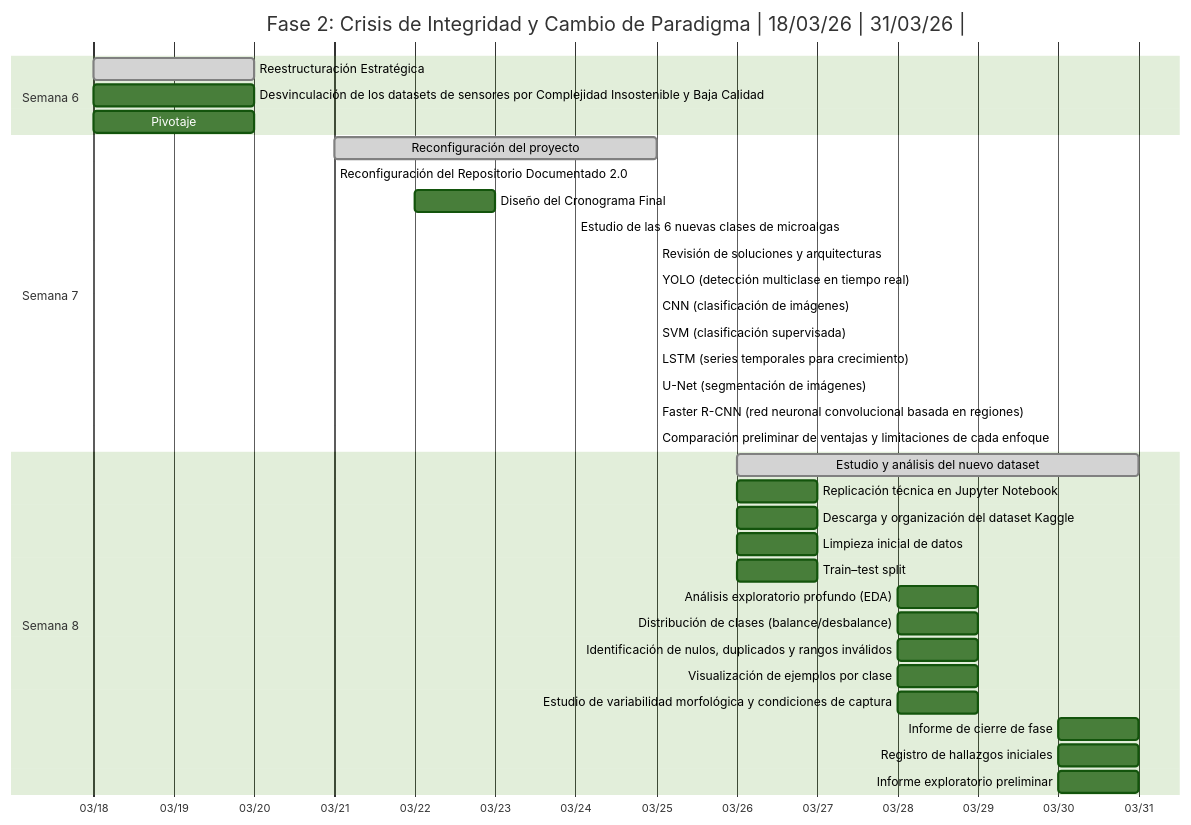
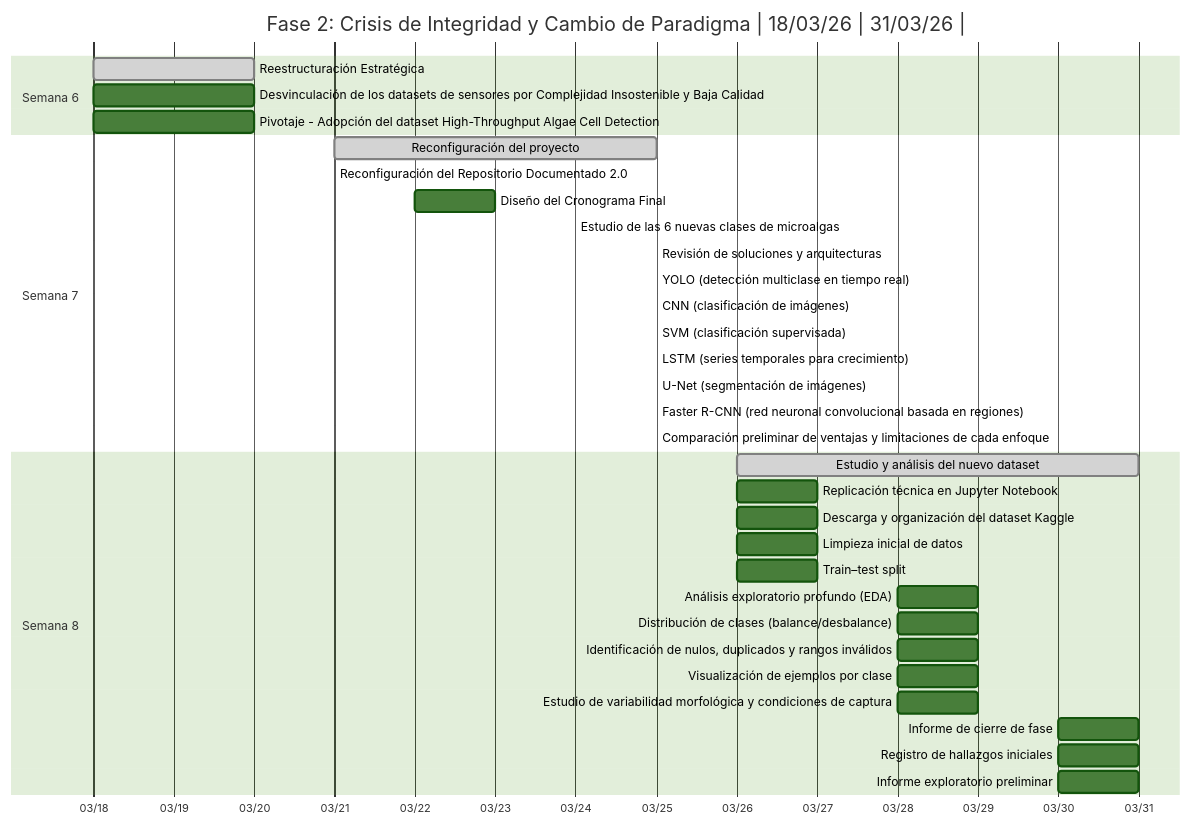
One commit to gutti666/semillero-de-investigacion-2026 changed the second of 7 diagrams in README.md. Above: the diagram before and after it, drawn with Mermaid (forest theme).

Commit message:
Update README.md
Correción Parsing de la fase 2 del cronograma. Se rompia la visualización del gantt.

````diff
--- a/README.md
+++ b/README.md
@@ -54,41 +54,41 @@
 ```mermaid
 gantt
     title Fase 2: Crisis de Integridad y Cambio de Paradigma | 18/03/26 | 31/03/26 |
     dateFormat MM/DD/YY
     axisFormat %m/%d
     %%excludes weekends
 
     section Semana 6
     Reestructuración Estratégica :done, 03/18/26, 03/20/26
-        Desvinculación de los datasets de sensores por Complejidad Insostenible y Baja Calidad :03/18/26, 03/20/26
-        Pivotaje: Adopción del dataset High-Throughput Algae Cell Detection :03/18/26, 03/20/26
+    Desvinculación de los datasets de sensores por Complejidad Insostenible y Baja Calidad :03/18/26, 03/20/26
+    Pivotaje - Adopción del dataset High-Throughput Algae Cell Detection :03/18/26, 03/20/26
 
     section Semana 7
     Reconfiguración del proyecto :done, 03/21/26, 03/25/26
-        Reconfiguración del Repositorio Documentado 2.0 :03/21/26, 03/21/26
-        Diseño del Cronograma Final :03/22/26, 03/23/26
-        Estudio de las 6 nuevas clases de microalgas :03/24/26, 03/24/26
-        Revisión de soluciones y arquitecturas :03/25/26, 03/25/26
-            YOLO (detección multiclase en tiempo real) :03/25/26, 03/25/26
-            CNN (clasificación de imágenes) :03/25/26, 03/25/26
-            SVM (clasificación supervisada) :03/25/26, 03/25/26
-            LSTM (series temporales para crecimiento) :03/25/26, 03/25/26
-            U-Net (segmentación de imágenes) :03/25/26, 03/25/26
-            Faster R-CNN (red neuronal convolucional basada en regiones) :03/25/26, 03/25/26
-            Comparación preliminar de ventajas y limitaciones de cada enfoque :03/25/26, 03/25/26
+    Reconfiguración del Repositorio Documentado 2.0 :03/21/26, 03/21/26
+    Diseño del Cronograma Final :03/22/26, 03/23/26
+    Estudio de las 6 nuevas clases de microalgas :03/24/26, 03/24/26
+    Revisión de soluciones y arquitecturas :03/25/26, 03/25/26
+    YOLO (detección multiclase en tiempo real) :03/25/26, 03/25/26
+    CNN (clasificación de imágenes) :03/25/26, 03/25/26
+    SVM (clasificación supervisada) :03/25/26, 03/25/26
+    LSTM (series temporales para crecimiento) :03/25/26, 03/25/26
+    U-Net (segmentación de imágenes) :03/25/26, 03/25/26
+    Faster R-CNN (red neuronal convolucional basada en regiones) :03/25/26, 03/25/26
+    Comparación preliminar de ventajas y limitaciones de cada enfoque :03/25/26, 03/25/26
 
     section Semana 8
     Estudio y análisis del nuevo dataset :done, 03/26/26, 03/31/26
-        Replicación técnica en Jupyter Notebook :03/26/26, 03/27/26
-            Descarga y organización del dataset Kaggle :03/26/26, 03/27/26
-            Limpieza inicial de datos :03/26/26, 03/27/26
-            Train–test split :03/26/26, 03/27/26
-        Análisis exploratorio profundo (EDA) :03/28/26, 03/29/26
-            Distribución de clases (balance/desbalance) :03/28/26, 03/29/26
-            Identificación de nulos, duplicados y rangos inválidos :03/28/26, 03/29/26
-            Visualización de ejemplos por clase :03/28/26, 03/29/26
-            Estudio de variabilidad morfológica y condiciones de captura :03/28/26, 03/29/26
-        Informe de cierre de fase :03/30/26, 03/31/26
-            Registro de hallazgos iniciales :03/30/26, 03/31/26
-            Informe exploratorio preliminar :03/30/26, 03/31/26
+    Replicación técnica en Jupyter Notebook :03/26/26, 03/27/26
+    Descarga y organización del dataset Kaggle :03/26/26, 03/27/26
+    Limpieza inicial de datos :03/26/26, 03/27/26
+    Train–test split :03/26/26, 03/27/26
+    Análisis exploratorio profundo (EDA) :03/28/26, 03/29/26
+    Distribución de clases (balance/desbalance) :03/28/26, 03/29/26
+    Identificación de nulos, duplicados y rangos inválidos :03/28/26, 03/29/26
+    Visualización de ejemplos por clase :03/28/26, 03/29/26
+    Estudio de variabilidad morfológica y condiciones de captura :03/28/26, 03/29/26
+    Informe de cierre de fase :03/30/26, 03/31/26
+    Registro de hallazgos iniciales :03/30/26, 03/31/26
+    Informe exploratorio preliminar :03/30/26, 03/31/26
 ```
````
